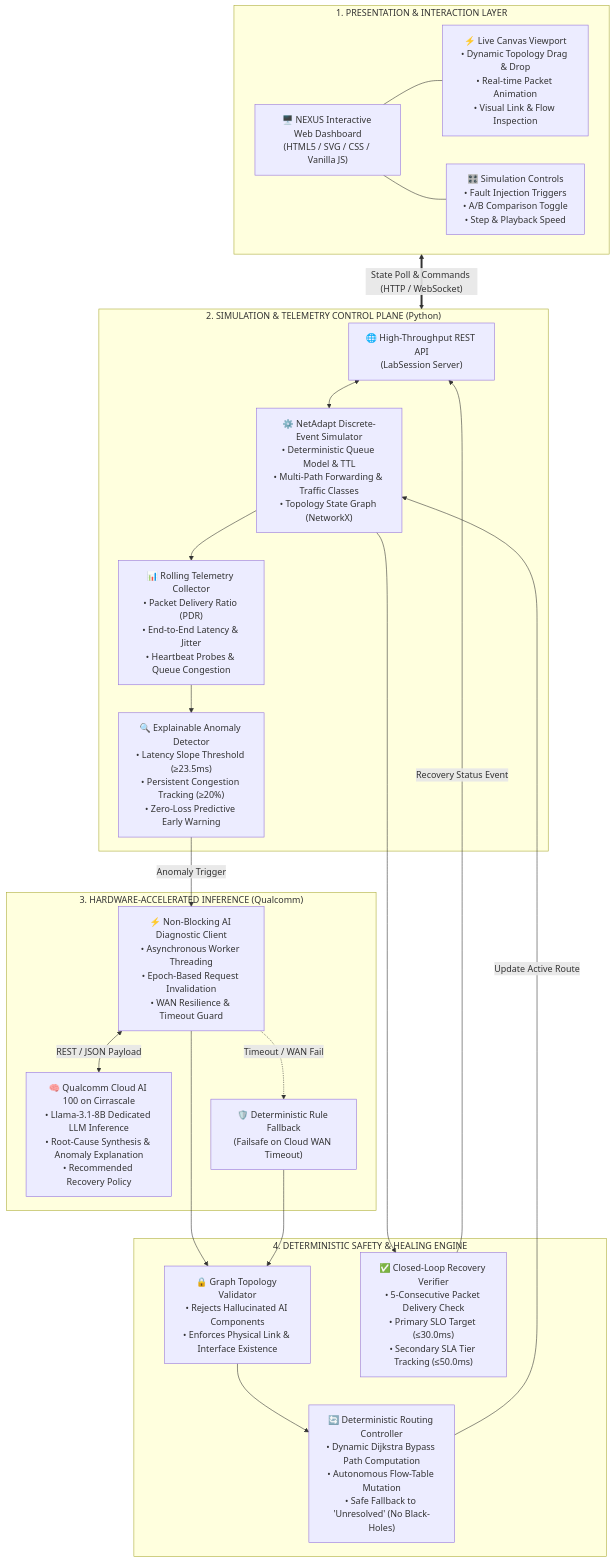
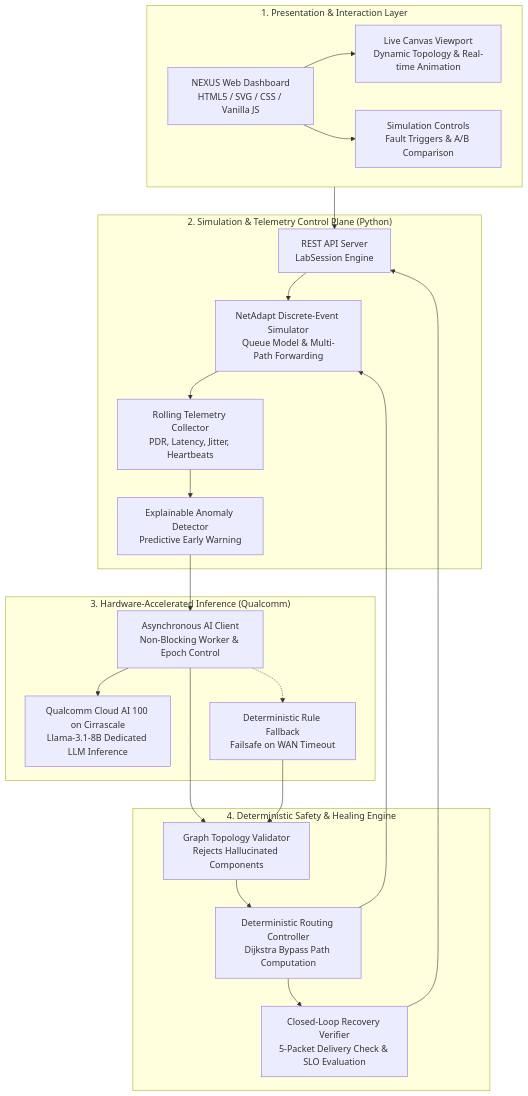
One commit to Reya-Doshi/Nexus changed the first of 2 diagrams in README.md. Above: the diagram before and after it, drawn with Mermaid. The commit also changed other lines of this file, not shown here.

Commit message:
fix(docs): optimize mermaid diagram syntax for clean GitHub rendering

````diff
--- a/README.md
+++ b/README.md
@@ -22,46 +22,43 @@
 ```mermaid
 flowchart TB
-    subgraph PRESENTATION ["1. PRESENTATION & INTERACTION LAYER"]
-        UI["🖥️ NEXUS Interactive Web Dashboard<br/>(HTML5 / SVG / CSS / Vanilla JS)"]
-        CANVAS["⚡ Live Canvas Viewport<br/>• Dynamic Topology Drag & Drop<br/>• Real-time Packet Animation<br/>• Visual Link & Flow Inspection"]
-        CONTROLS["🎛️ Simulation Controls<br/>• Fault Injection Triggers<br/>• A/B Comparison Toggle<br/>• Step & Playback Speed"]
-        UI --- CANVAS
-        UI --- CONTROLS
+    subgraph PRESENTATION ["1. Presentation & Interaction Layer"]
+        UI["NEXUS Web Dashboard<br/>HTML5 / SVG / CSS / Vanilla JS"]
+        CANVAS["Live Canvas Viewport<br/>Dynamic Topology & Real-time Animation"]
+        CONTROLS["Simulation Controls<br/>Fault Triggers & A/B Comparison"]
+        UI --> CANVAS
+        UI --> CONTROLS
     end
 
-    subgraph ENGINE ["2. SIMULATION & TELEMETRY CONTROL PLANE (Python)"]
-        API["🌐 High-Throughput REST API<br/>(LabSession Server)"]
-        SIM["⚙️ NetAdapt Discrete-Event Simulator<br/>• Deterministic Queue Model & TTL<br/>• Multi-Path Forwarding & Traffic Classes<br/>• Topology State Graph (NetworkX)"]
-        TELEM["📊 Rolling Telemetry Collector<br/>• Packet Delivery Ratio (PDR)<br/>• End-to-End Latency & Jitter<br/>• Heartbeat Probes & Queue Congestion"]
-        DETECTOR["🔍 Explainable Anomaly Detector<br/>• Latency Slope Threshold (≥23.5ms)<br/>• Persistent Congestion Tracking (≥20%)<br/>• Zero-Loss Predictive Early Warning"]
-        
-        API <--> SIM
+    subgraph ENGINE ["2. Simulation & Telemetry Control Plane (Python)"]
+        API["REST API Server<br/>LabSession Engine"]
+        SIM["NetAdapt Discrete-Event Simulator<br/>Queue Model & Multi-Path Forwarding"]
+        TELEM["Rolling Telemetry Collector<br/>PDR, Latency, Jitter, Heartbeats"]
+        DETECTOR["Explainable Anomaly Detector<br/>Predictive Early Warning"]
+        API --> SIM
         SIM --> TELEM
         TELEM --> DETECTOR
     end
 
-    subgraph AI_LAYER ["3. HARDWARE-ACCELERATED INFERENCE (Qualcomm)"]
-        AI_CLIENT["⚡ Non-Blocking AI Diagnostic Client<br/>• Asynchronous Worker Threading<br/>• Epoch-Based Request Invalidation<br/>• WAN Resilience & Timeout Guard"]
-        Q_CLOUD["🧠 Qualcomm Cloud AI 100 on Cirrascale<br/>• Llama-3.1-8B Dedicated LLM Inference<br/>• Root-Cause Synthesis & Anomaly Explanation<br/>• Recommended Recovery Policy"]
-        RULE_FB["🛡️ Deterministic Rule Fallback<br/>(Failsafe on Cloud WAN Timeout)"]
-        
-        DETECTOR -- "Anomaly Trigger" --> AI_CLIENT
-        AI_CLIENT <--> |"REST / JSON Payload"| Q_CLOUD
-        AI_CLIENT -.-> |"Timeout / WAN Fail"| RULE_FB
+    subgraph AI_LAYER ["3. Hardware-Accelerated Inference (Qualcomm)"]
+        AI_CLIENT["Asynchronous AI Client<br/>Non-Blocking Worker & Epoch Control"]
+        Q_CLOUD["Qualcomm Cloud AI 100 on Cirrascale<br/>Llama-3.1-8B Dedicated LLM Inference"]
+        RULE_FB["Deterministic Rule Fallback<br/>Failsafe on WAN Timeout"]
+        AI_CLIENT --> Q_CLOUD
+        AI_CLIENT -.-> RULE_FB
     end
 
-    subgraph SAFETY_LAYER ["4. DETERMINISTIC SAFETY & HEALING ENGINE"]
-        GUARD["🔒 Graph Topology Validator<br/>• Rejects Hallucinated AI Components<br/>• Enforces Physical Link & Interface Existence"]
-        HEALING["🔄 Deterministic Routing Controller<br/>• Dynamic Dijkstra Bypass Path Computation<br/>• Autonomous Flow-Table Mutation<br/>• Safe Fallback to 'Unresolved' (No Black-Holes)"]
-        VERIFY["✅ Closed-Loop Recovery Verifier<br/>• 5-Consecutive Packet Delivery Check<br/>• Primary SLO Target (≤30.0ms)<br/>• Secondary SLA Tier Tracking (≤50.0ms)"]
-        
-        AI_CLIENT --> GUARD
-        RULE_FB --> GUARD
+    subgraph SAFETY_LAYER ["4. Deterministic Safety & Healing Engine"]
+        GUARD["Graph Topology Validator<br/>Rejects Hallucinated Components"]
+        HEALING["Deterministic Routing Controller<br/>Dijkstra Bypass Path Computation"]
+        VERIFY["Closed-Loop Recovery Verifier<br/>5-Packet Delivery Check & SLO Evaluation"]
         GUARD --> HEALING
-        HEALING --> |"Update Active Route"| SIM
-        SIM --> VERIFY
-        VERIFY --> |"Recovery Status Event"| API
+        HEALING --> VERIFY
     end
 
-    PRESENTATION <==> |"State Poll & Commands (HTTP / WebSocket)"| ENGINE
+    PRESENTATION --> API
+    DETECTOR --> AI_CLIENT
+    AI_CLIENT --> GUARD
+    RULE_FB --> GUARD
+    HEALING --> SIM
+    VERIFY --> API
 ```
````
